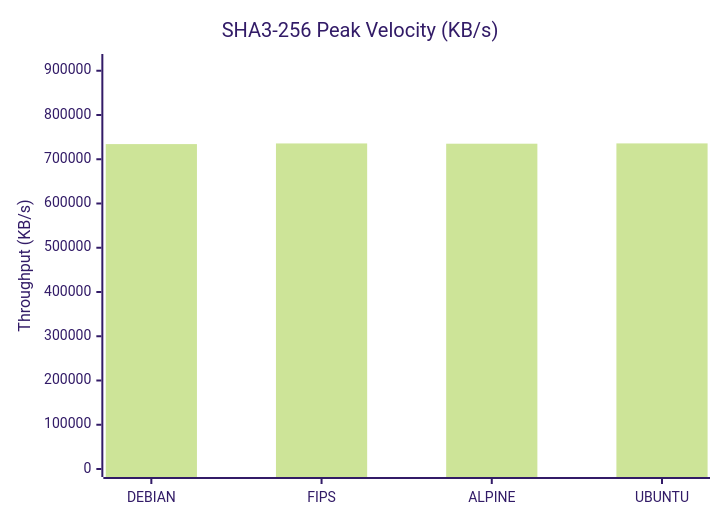
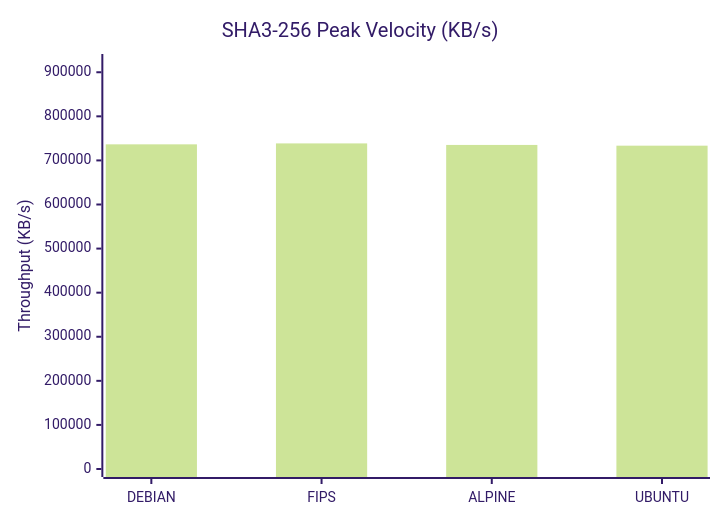
The third of 9 diagrams in docs/Comparison_Report.md (taha2samy/openssl_fips), drawn with Mermaid (forest theme) before and after one commit. The commit also changed other lines of this file and 3 other files, not shown here.

````diff
--- a/docs/Comparison_Report.md
+++ b/docs/Comparison_Report.md
@@ -74,7 +74,7 @@
 ```mermaid
 xychart-beta
     title "SHA3-256 Peak Velocity (KB/s)"
     x-axis [DEBIAN, FIPS, ALPINE, UBUNTU]
-    y-axis "Throughput (KB/s)" 0 --> 919756
-    bar [734240.77, 735723.52, 735109.12, 735805.44]
+    y-axis "Throughput (KB/s)" 0 --> 923258
+    bar [736477.18, 738607.1, 735125.5, 733454.34]
 ```
````
